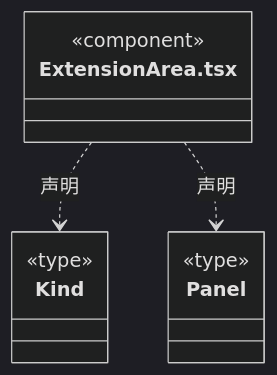
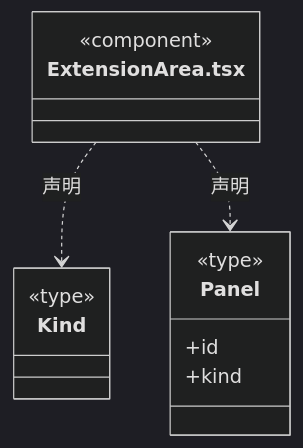
One commit to nan023062/cbim changed the third of 15 diagrams in src/frontend/shell/ARCHITECTURE.md. Above: the diagram before and after it, drawn with Mermaid (dark theme). The commit also changed other lines of this file and 240 other files, not shown here.

````diff
--- a/src/frontend/shell/ARCHITECTURE.md
+++ b/src/frontend/shell/ARCHITECTURE.md
@@ -39,16 +48,17 @@
 ```mermaid
 classDiagram
 class N_src_frontend_shell_ExtensionArea_tsx["ExtensionArea.tsx"] {
   <<component>>
 }
 class N_src_frontend_shell_ExtensionArea_tsx_Kind["Kind"] {
   <<type>>
 
 }
 N_src_frontend_shell_ExtensionArea_tsx ..> N_src_frontend_shell_ExtensionArea_tsx_Kind : 声明
 class N_src_frontend_shell_ExtensionArea_tsx_Panel["Panel"] {
   <<type>>
-
+  +id
+  +kind
 }
 N_src_frontend_shell_ExtensionArea_tsx ..> N_src_frontend_shell_ExtensionArea_tsx_Panel : 声明
 ```
````
